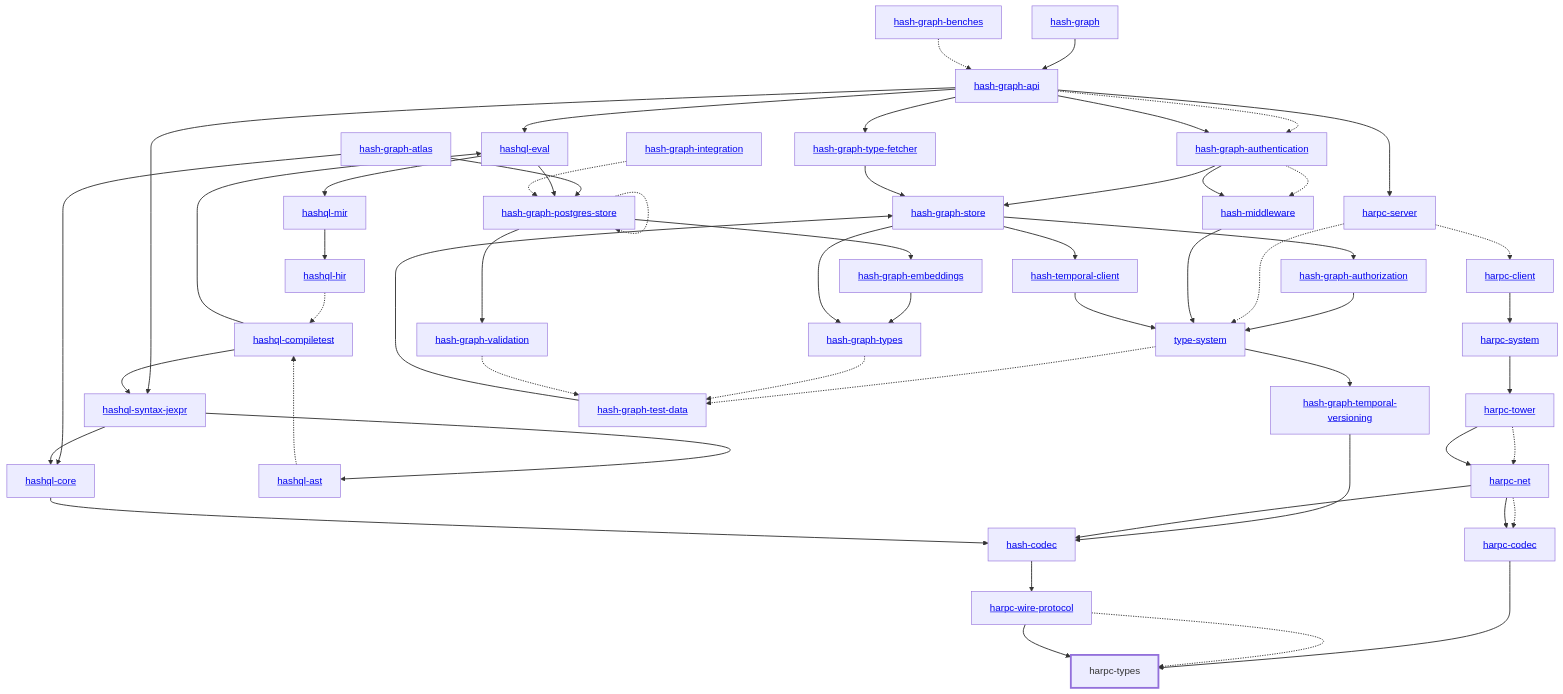
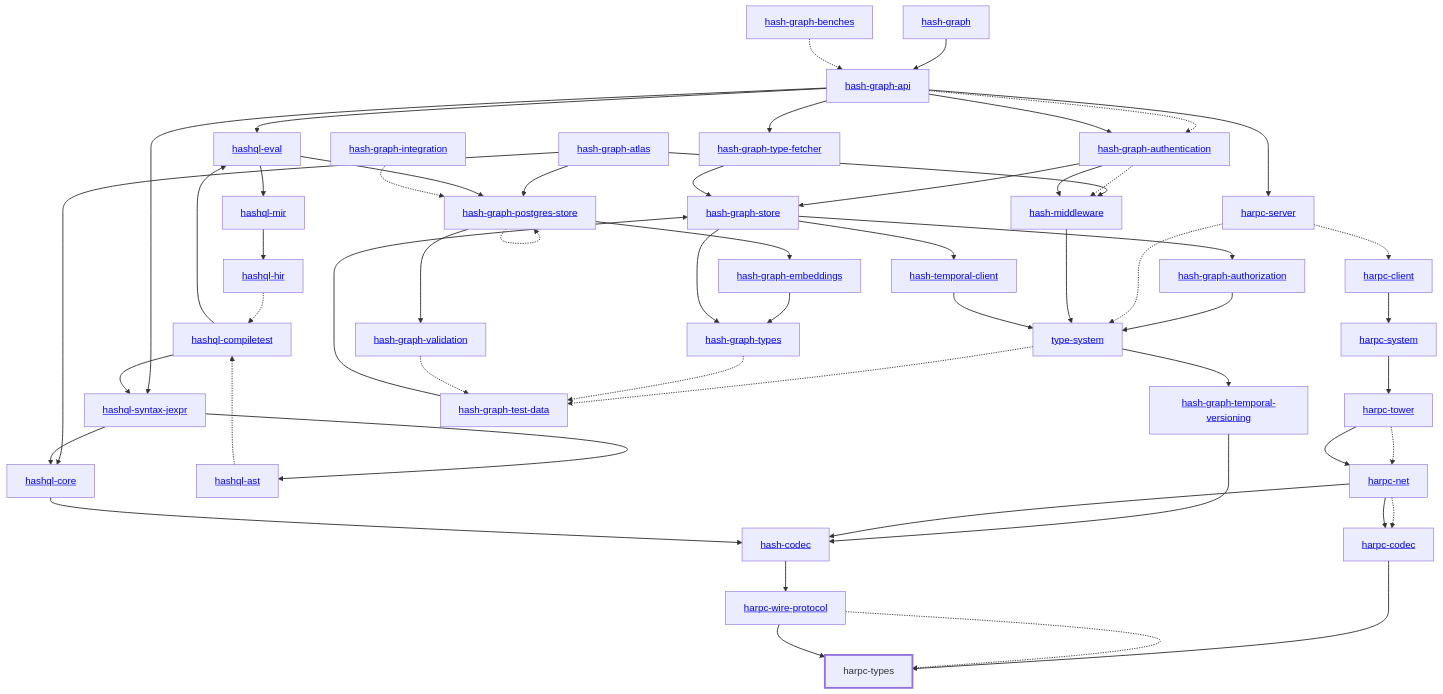
Before and after one commit to hashintel/hash: the diagram in libs/@local/harpc/types/docs/dependency-diagram.mmd, drawn with Mermaid. The commit also changed 9 other files, not shown here.

Commit message:
chore: update rust dependency diagrams

```diff
--- a/libs/@local/harpc/types/docs/dependency-diagram.mmd
+++ b/libs/@local/harpc/types/docs/dependency-diagram.mmd
@@ -1,99 +1,100 @@
 graph TD
     linkStyle default stroke-width:1.5px
     classDef default stroke-width:1px
     classDef root stroke-width:3px
     classDef dev stroke-width:1px
     classDef build stroke-width:1px
     %% Legend
     %% --> : Normal dependency
     %% -.-> : Dev dependency
     %% ---> : Build dependency
     0[<a href="../hash_graph/index.html">hash-graph</a>]
     1[<a href="../type_system/index.html">type-system</a>]
     2[<a href="../hash_codec/index.html">hash-codec</a>]
     3[<a href="../hash_graph_api/index.html">hash-graph-api</a>]
     4[<a href="../hash_graph_atlas/index.html">hash-graph-atlas</a>]
     5[<a href="../hash_graph_authentication/index.html">hash-graph-authentication</a>]
     6[<a href="../hash_graph_authorization/index.html">hash-graph-authorization</a>]
     7[<a href="../hash_graph_embeddings/index.html">hash-graph-embeddings</a>]
     8[<a href="../hash_graph_postgres_store/index.html">hash-graph-postgres-store</a>]
     9[<a href="../hash_graph_store/index.html">hash-graph-store</a>]
     10[<a href="../hash_graph_temporal_versioning/index.html">hash-graph-temporal-versioning</a>]
     11[<a href="../hash_graph_type_fetcher/index.html">hash-graph-type-fetcher</a>]
     12[<a href="../hash_graph_types/index.html">hash-graph-types</a>]
     13[<a href="../hash_graph_validation/index.html">hash-graph-validation</a>]
     14[<a href="../harpc_client/index.html">harpc-client</a>]
     15[<a href="../harpc_codec/index.html">harpc-codec</a>]
     16[<a href="../harpc_net/index.html">harpc-net</a>]
     17[<a href="../harpc_server/index.html">harpc-server</a>]
     18[<a href="../harpc_system/index.html">harpc-system</a>]
     19[<a href="../harpc_tower/index.html">harpc-tower</a>]
     20[harpc-types]
     class 20 root
     21[<a href="../harpc_wire_protocol/index.html">harpc-wire-protocol</a>]
     22[<a href="../hashql_ast/index.html">hashql-ast</a>]
     23[<a href="../hashql_compiletest/index.html">hashql-compiletest</a>]
     24[<a href="../hashql_core/index.html">hashql-core</a>]
     25[<a href="../hashql_eval/index.html">hashql-eval</a>]
     26[<a href="../hashql_hir/index.html">hashql-hir</a>]
     27[<a href="../hashql_mir/index.html">hashql-mir</a>]
     28[<a href="../hashql_syntax_jexpr/index.html">hashql-syntax-jexpr</a>]
     29[<a href="../hash_middleware/index.html">hash-middleware</a>]
     30[<a href="../hash_temporal_client/index.html">hash-temporal-client</a>]
     31[<a href="../hash_graph_benches/index.html">hash-graph-benches</a>]
     32[<a href="../hash_graph_integration/index.html">hash-graph-integration</a>]
     33[<a href="../hash_graph_test_data/index.html">hash-graph-test-data</a>]
     0 --> 3
     1 --> 10
     1 -.-> 33
     2 --> 21
     3 -.-> 5
     3 --> 5
     3 --> 11
     3 --> 17
     3 --> 25
     3 --> 28
     4 --> 8
     4 --> 24
+    4 --> 29
     5 --> 9
     5 -.-> 29
     5 --> 29
     6 --> 1
     7 --> 12
     8 --> 7
     8 -.-> 8
     8 --> 13
     9 --> 6
     9 --> 12
     9 --> 30
     10 --> 2
     11 --> 9
     12 -.-> 33
     13 -.-> 33
     14 --> 18
     15 --> 20
     16 --> 2
     16 -.-> 15
     16 --> 15
     17 -.-> 1
     17 -.-> 14
     18 --> 19
     19 -.-> 16
     19 --> 16
     21 -.-> 20
     21 --> 20
     22 -.-> 23
     23 --> 25
     23 --> 28
     24 --> 2
     25 --> 8
     25 --> 27
     26 -.-> 23
     27 --> 26
     28 --> 22
     28 --> 24
     29 --> 1
     30 --> 1
     31 -.-> 3
     32 -.-> 8
     33 --> 9
```
